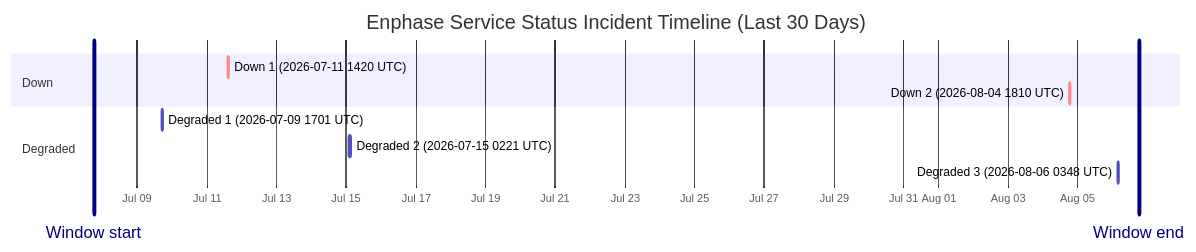
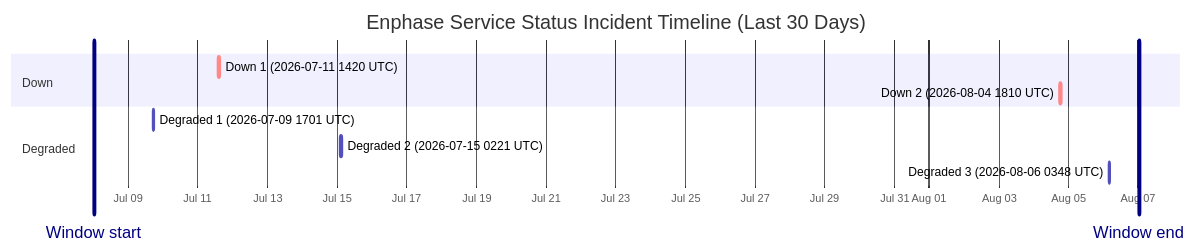
One commit to barneyonline/ha-enphase-energy changed the diagram in wiki/Service-Status-History.md. Above: the diagram before and after it, drawn with Mermaid. The commit also changed other lines of this file and 3 other files, not shown here.

````diff
--- a/wiki/Service-Status-History.md
+++ b/wiki/Service-Status-History.md
@@ -14,15 +14,15 @@
 ```mermaid
 gantt
     title Enphase Service Status Incident Timeline (Last 30 Days)
     dateFormat  YYYY-MM-DDTHH:mm:ss
     axisFormat  %b %d
-    Window start :vert, window-start, 2026-07-07T18:12:19, 0ms
-    Window end :vert, window-end, 2026-08-06T18:12:19, 0ms
+    Window start :vert, window-start, 2026-07-08T00:23:10, 0ms
+    Window end :vert, window-end, 2026-08-07T00:23:10, 0ms
     section Down
     Down 1 (2026-07-11 1420 UTC) :crit, down-1, 2026-07-11T14:20:54, 69m
     Down 2 (2026-08-04 1810 UTC) :crit, down-2, 2026-08-04T18:10:46, 60m
     section Degraded
     Degraded 1 (2026-07-09 1701 UTC) :active, degraded-1, 2026-07-09T17:01:02, 60m
     Degraded 2 (2026-07-15 0221 UTC) :active, degraded-2, 2026-07-15T02:21:35, 60m
     Degraded 3 (2026-08-06 0348 UTC) :active, degraded-3, 2026-08-06T03:48:14, 60m
 ```
````
